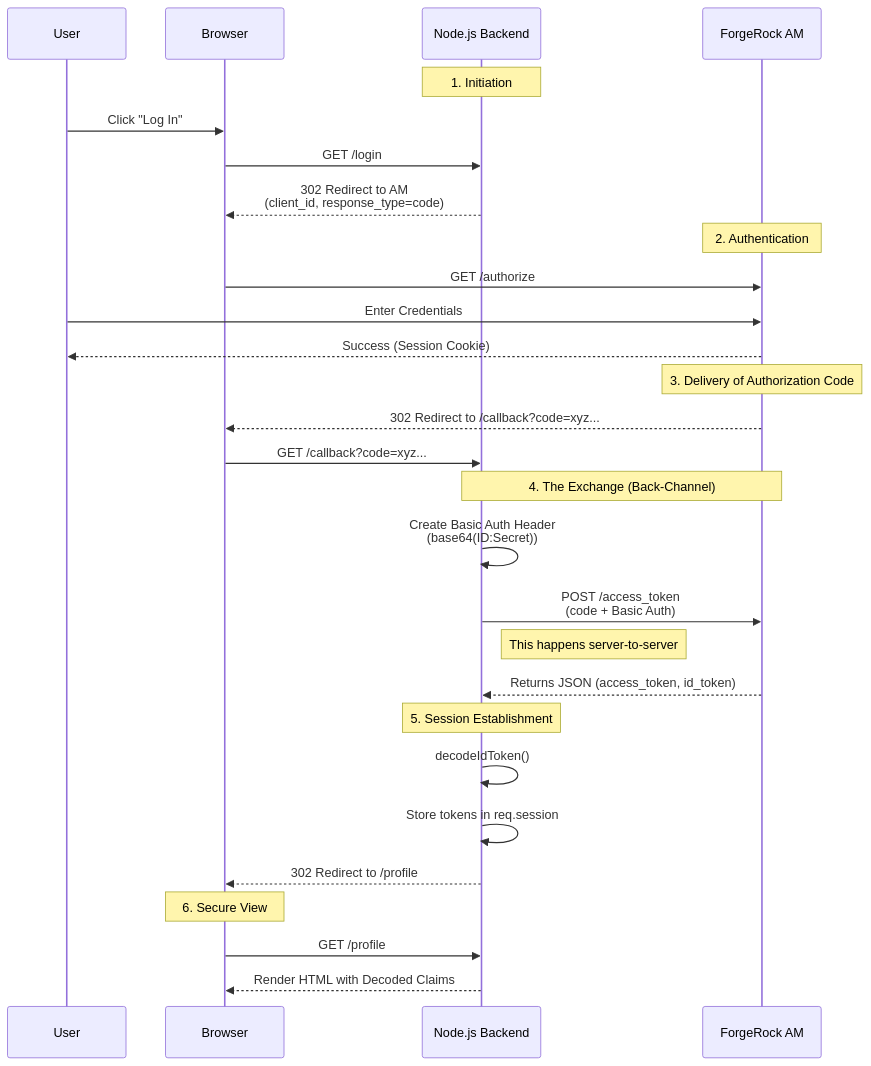
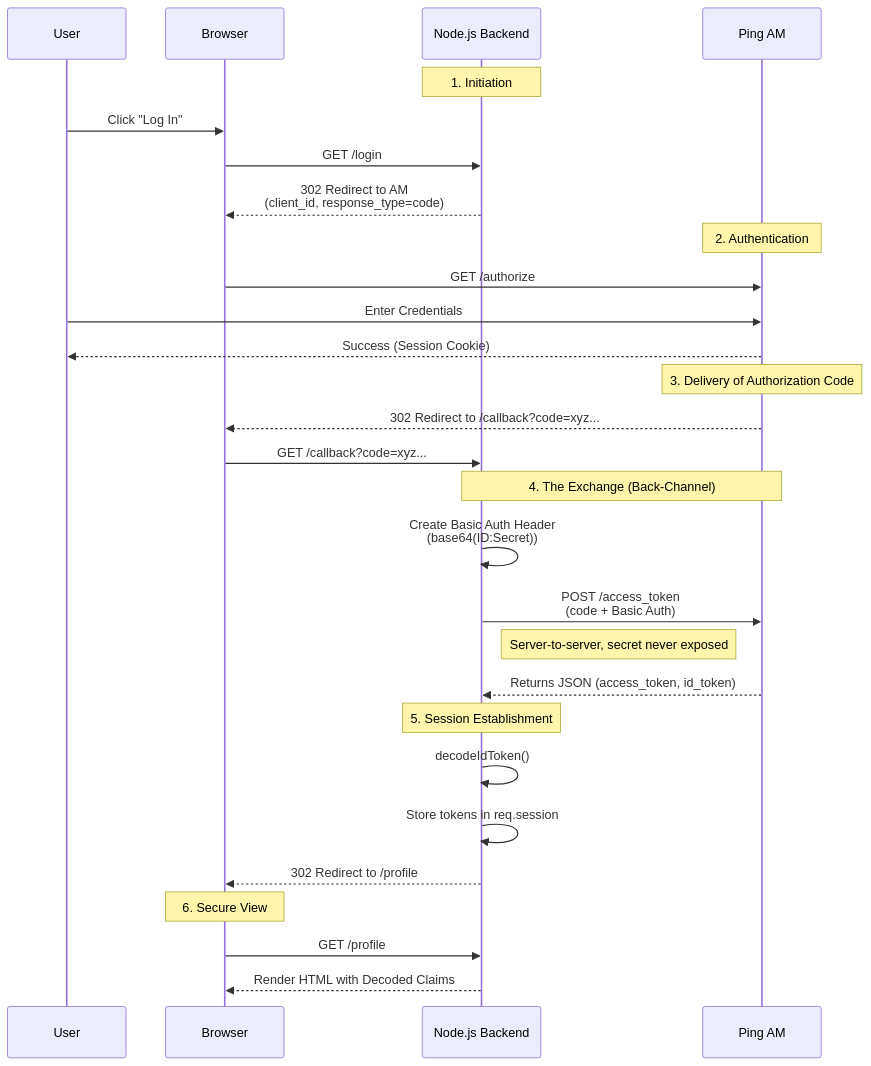
One commit to arisath/ping-am-samples changed the third of 3 diagrams in README.md. Above: the diagram before and after it, drawn with Mermaid. The commit also changed other lines of this file and 2 other files, not shown here.

````diff
--- a/README.md
+++ b/README.md
@@ -133,37 +122,37 @@
 ```mermaid
 sequenceDiagram
     participant User
     participant Browser
     participant NodeApp as Node.js Backend
-    participant AM as ForgeRock AM
+    participant AM as Ping AM
 
     note over NodeApp: 1. Initiation
     User->>Browser: Click "Log In"
     Browser->>NodeApp: GET /login
     NodeApp-->>Browser: 302 Redirect to AM<br/>(client_id, response_type=code)
 
     note over AM: 2. Authentication
     Browser->>AM: GET /authorize
     User->>AM: Enter Credentials
     AM-->>User: Success (Session Cookie)
 
     note over AM: 3. Delivery of Authorization Code
     AM-->>Browser: 302 Redirect to /callback?code=xyz...
     Browser->>NodeApp: GET /callback?code=xyz...
 
     note over NodeApp, AM: 4. The Exchange (Back-Channel)
     NodeApp->>NodeApp: Create Basic Auth Header<br/>(base64(ID:Secret))
     NodeApp->>AM: POST /access_token<br/>(code + Basic Auth)
-    note right of NodeApp: This happens server-to-server
+    note right of NodeApp: Server-to-server, secret never exposed
 
     AM-->>NodeApp: Returns JSON (access_token, id_token)
 
     note over NodeApp: 5. Session Establishment
     NodeApp->>NodeApp: decodeIdToken()
     NodeApp->>NodeApp: Store tokens in req.session
     NodeApp-->>Browser: 302 Redirect to /profile
 
     note over Browser: 6. Secure View
     Browser->>NodeApp: GET /profile
     NodeApp-->>Browser: Render HTML with Decoded Claims
 ```
````
